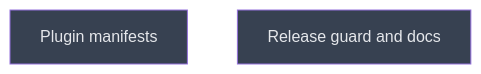
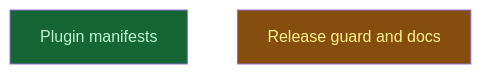
One commit to LittleCoinCoin/mcp-biomodelling-servers changed the diagram in __roadmap__/agent_plugins/README.md. Above: the diagram before and after it, drawn with Mermaid. The commit also changed other lines of this file, not shown here.

Commit message:
docs(roadmap): close the manifests level

````diff
--- a/__roadmap__/agent_plugins/README.md
+++ b/__roadmap__/agent_plugins/README.md
@@ -22,10 +22,10 @@
 ```mermaid
 graph TD
-    plugin_manifests[Plugin manifests]:::planned
-    integrate[Release guard and docs]:::planned
+    plugin_manifests[Plugin manifests]:::done
+    integrate[Release guard and docs]:::inprogress
     classDef done       fill:#166534,color:#bbf7d0
     classDef inprogress fill:#854d0e,color:#fef08a
     classDef planned    fill:#374151,color:#e5e7eb
     classDef amendment  fill:#1e3a5f,color:#bfdbfe
     classDef blocked    fill:#7f1d1d,color:#fecaca
 ```
````
